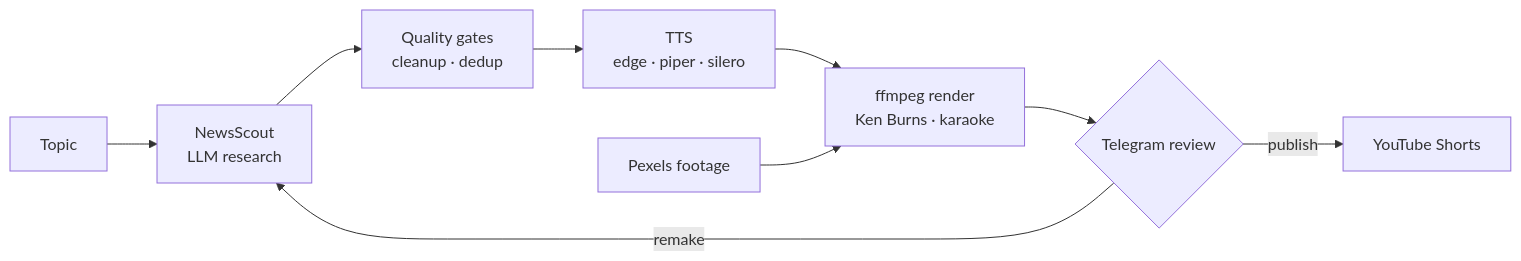
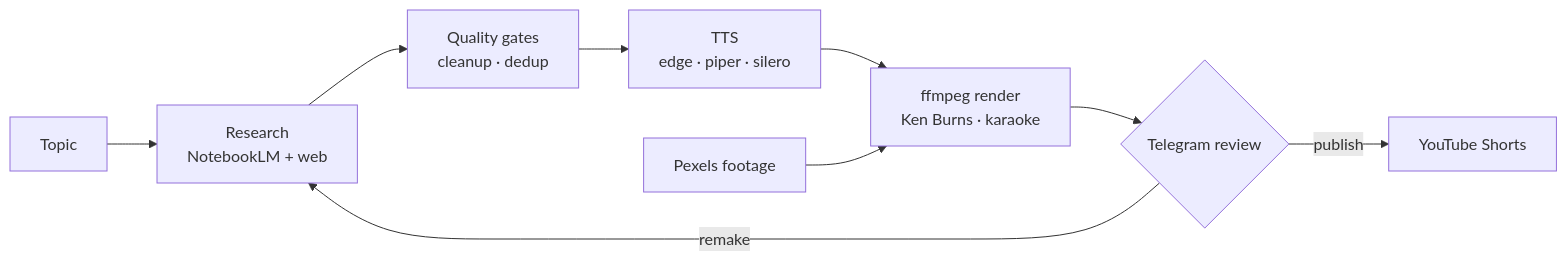
Before and after one commit to kuanysh228/autoy: the diagram in README.md, drawn with Mermaid. The commit also changed other lines of this file and 19 other files, not shown here.

````diff
--- a/README.md
+++ b/README.md
@@ -37,11 +37,11 @@
 ```mermaid
 flowchart LR
-    T[Topic] --> R[NewsScout<br/>LLM research]
+    T[Topic] --> R[Research<br/>NotebookLM + web]
     R --> Q[Quality gates<br/>cleanup · dedup]
     Q --> V[TTS<br/>edge · piper · silero]
     V --> F[ffmpeg render<br/>Ken Burns · karaoke]
     P[Pexels footage] --> F
     F --> B{Telegram review}
     B -- publish --> Y[YouTube Shorts]
     B -- remake --> R
 ```
````
